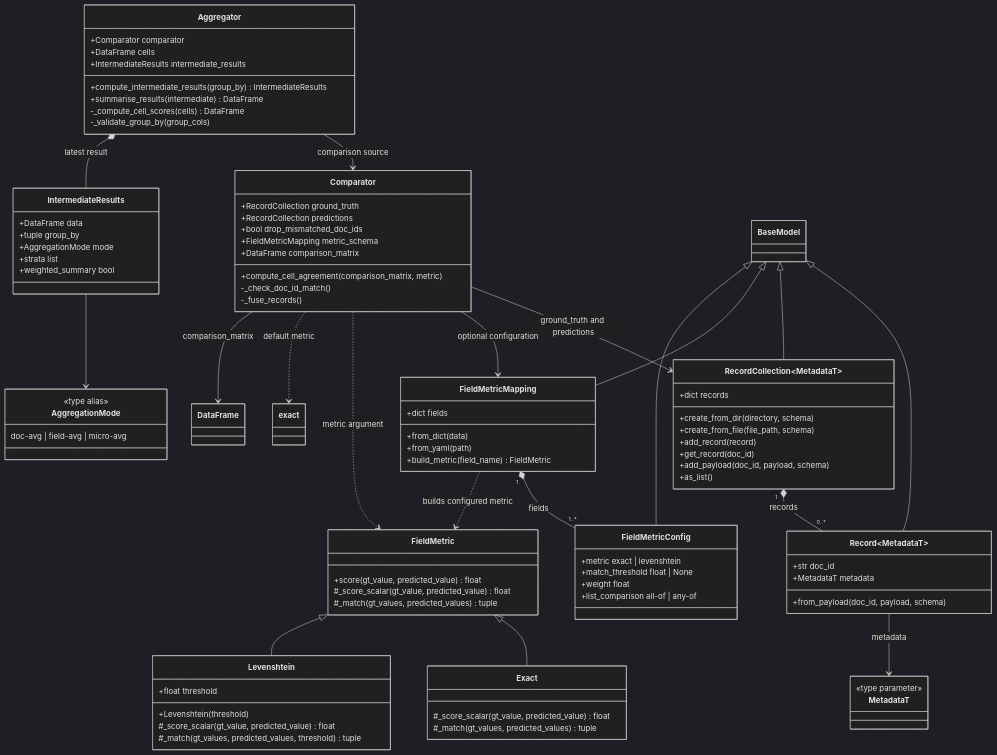
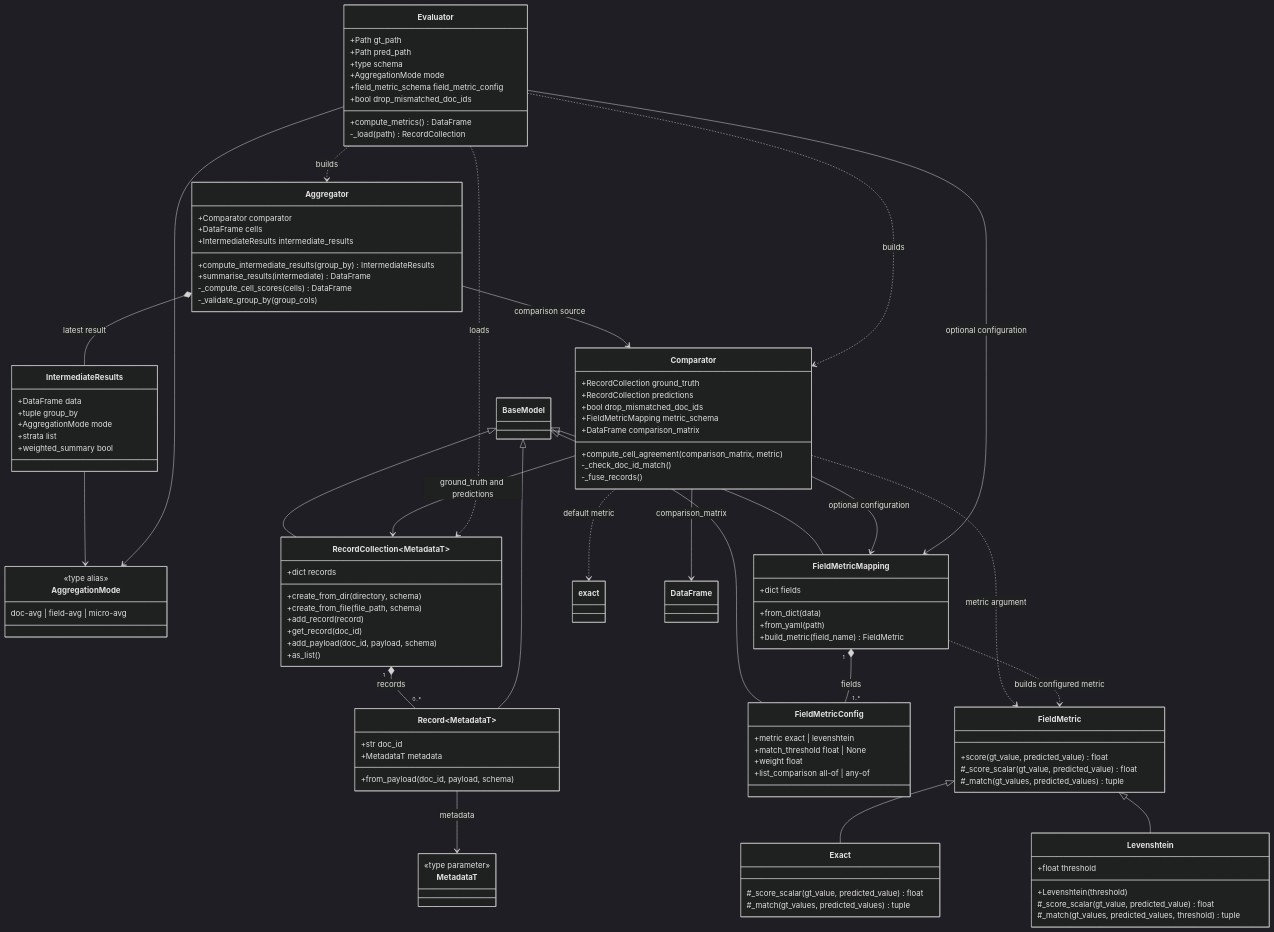
One commit to deutsche-nationalbibliothek/bibraeval changed the diagram in README.md. Above: the diagram before and after it, drawn with Mermaid (dark theme).

````diff
--- a/README.md
+++ b/README.md
@@ -188,6 +188,17 @@
         +summarise_results(intermediate) DataFrame
         -_compute_cell_scores(cells) DataFrame
         -_validate_group_by(group_cols)
+    }
+
+    class Evaluator {
+        +Path gt_path
+        +Path pred_path
+        +type schema
+        +AggregationMode mode
+        +field_metric_schema field_metric_config
+        +bool drop_mismatched_doc_ids
+        +compute_metrics() DataFrame
+        -_load(path) RecordCollection
     }
 
     class IntermediateResults {
@@ -248,4 +259,9 @@
     FieldMetricMapping ..> FieldMetric : builds configured metric
     FieldMetric <|-- Exact
     FieldMetric <|-- Levenshtein
+    Evaluator ..> RecordCollection~MetadataT~ : loads
+    Evaluator ..> Comparator : builds
+    Evaluator ..> Aggregator : builds
+    Evaluator --> FieldMetricMapping : optional configuration
+    Evaluator --> AggregationMode
 ```
````
